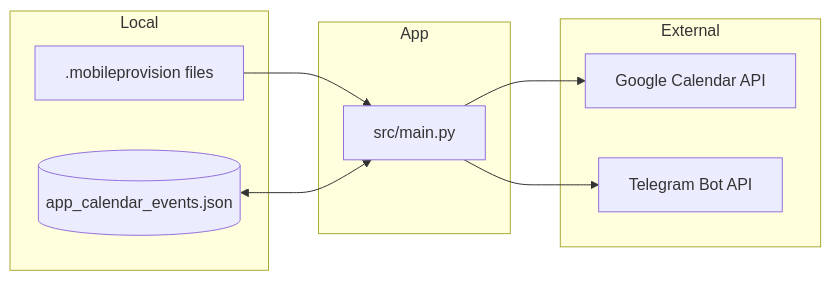
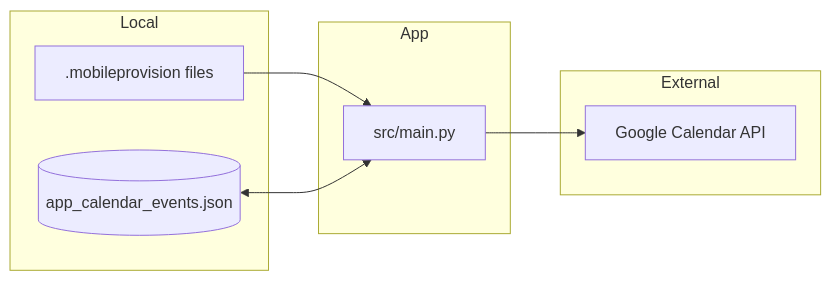
The diagram in README.md (momonala/certificate-expiration), drawn with Mermaid before and after one commit. The commit also changed other lines of this file and 5 other files, not shown here.

````diff
--- a/README.md
+++ b/README.md
@@ -88,19 +86,17 @@
 ```mermaid
 flowchart LR
     subgraph Local
         Certs[".mobileprovision files"]
         JSON[(app_calendar_events.json)]
     end
     subgraph External
         GCal[Google Calendar API]
-        Telegram[Telegram Bot API]
     end
     subgraph App
         Main[src/main.py]
     end
     
     Certs --> Main
     JSON <--> Main
     Main --> GCal
-    Main --> Telegram
 ```
````
